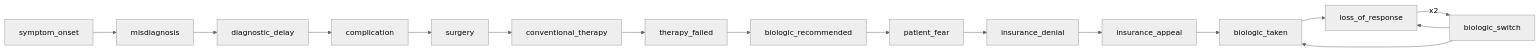
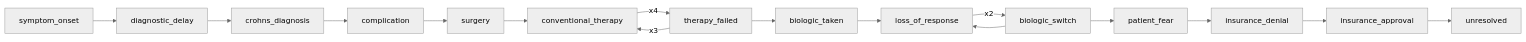
The third of 50 diagrams in docs/referral_pathways.md (carecodeconnect/crohnicity), drawn with Mermaid before and after one commit. The commit also changed other lines of this file and 136 other files, not shown here.

````diff
--- a/docs/referral_pathways.md
+++ b/docs/referral_pathways.md
@@ -90,33 +108,33 @@
 ``` mermaid
 %%{init: {'theme':'neutral'}}%%
 flowchart LR
     n0["symptom_onset"]
-    n1["misdiagnosis"]
-    n2["diagnostic_delay"]
+    n1["diagnostic_delay"]
+    n2["crohns_diagnosis"]
     n3["complication"]
     n4["surgery"]
     n5["conventional_therapy"]
     n6["therapy_failed"]
-    n7["biologic_recommended"]
-    n8["patient_fear"]
-    n9["insurance_denial"]
-    n10["insurance_appeal"]
-    n11["biologic_taken"]
-    n12["loss_of_response"]
-    n13["biologic_switch"]
+    n7["biologic_taken"]
+    n8["loss_of_response"]
+    n9["biologic_switch"]
+    n10["patient_fear"]
+    n11["insurance_denial"]
+    n12["insurance_approval"]
+    n13["unresolved"]
     n0 -->n1
     n1 -->n2
     n2 -->n3
     n3 -->n4
     n4 -->n5
-    n5 -->n6
+    n5 -->|x4| n6
+    n6 -->|x3| n5
     n6 -->n7
     n7 -->n8
-    n8 -->n9
+    n8 -->|x2| n9
+    n9 -->n8
     n9 -->n10
     n10 -->n11
     n11 -->n12
-    n12 -->|x2| n13
-    n13 -->n12
-    n13 -->n11
+    n12 -->n13
 ```
````
